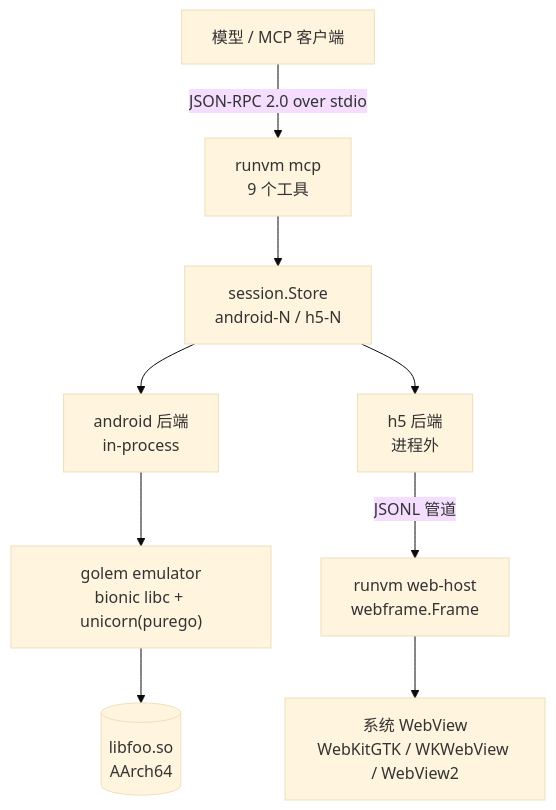
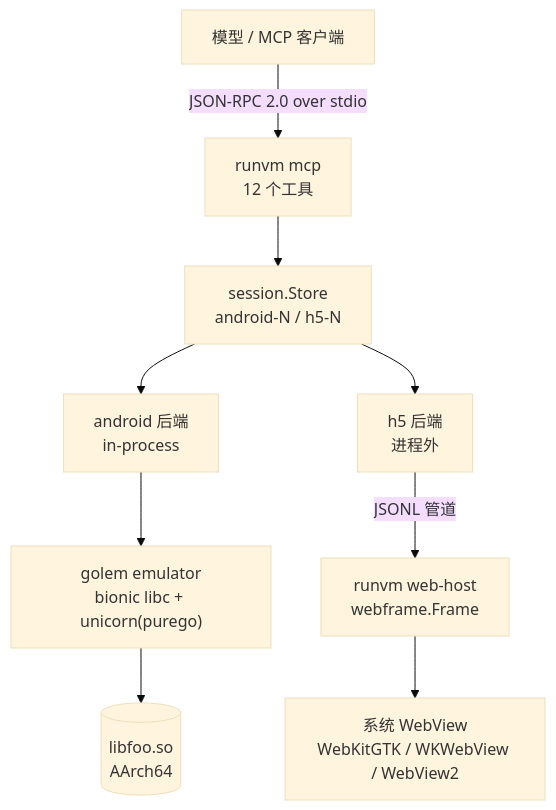
The diagram in README.md (dolfly/runvm), drawn with Mermaid (base theme) before and after one commit. The commit also changed other lines of this file and 8 other files, not shown here.

````diff
--- a/README.md
+++ b/README.md
@@ -18,11 +18,11 @@
 ```mermaid
 flowchart TB
-  M["模型 / MCP 客户端"] -->|"JSON-RPC 2.0 over stdio"| S["runvm mcp<br/>9 个工具"]
+  M["模型 / MCP 客户端"] -->|"JSON-RPC 2.0 over stdio"| S["runvm mcp<br/>12 个工具"]
   S --> REG["session.Store<br/>android-N / h5-N"]
   REG --> A["android 后端<br/>in-process"]
   REG --> H["h5 后端<br/>进程外"]
   A --> G["golem emulator<br/>bionic libc + unicorn(purego)"]
   G --> SO[("libfoo.so<br/>AArch64")]
   H -->|"JSONL 管道"| W["runvm web-host<br/>webframe.Frame"]
   W --> K["系统 WebView<br/>WebKitGTK / WKWebView / WebView2"]
 ```
````
